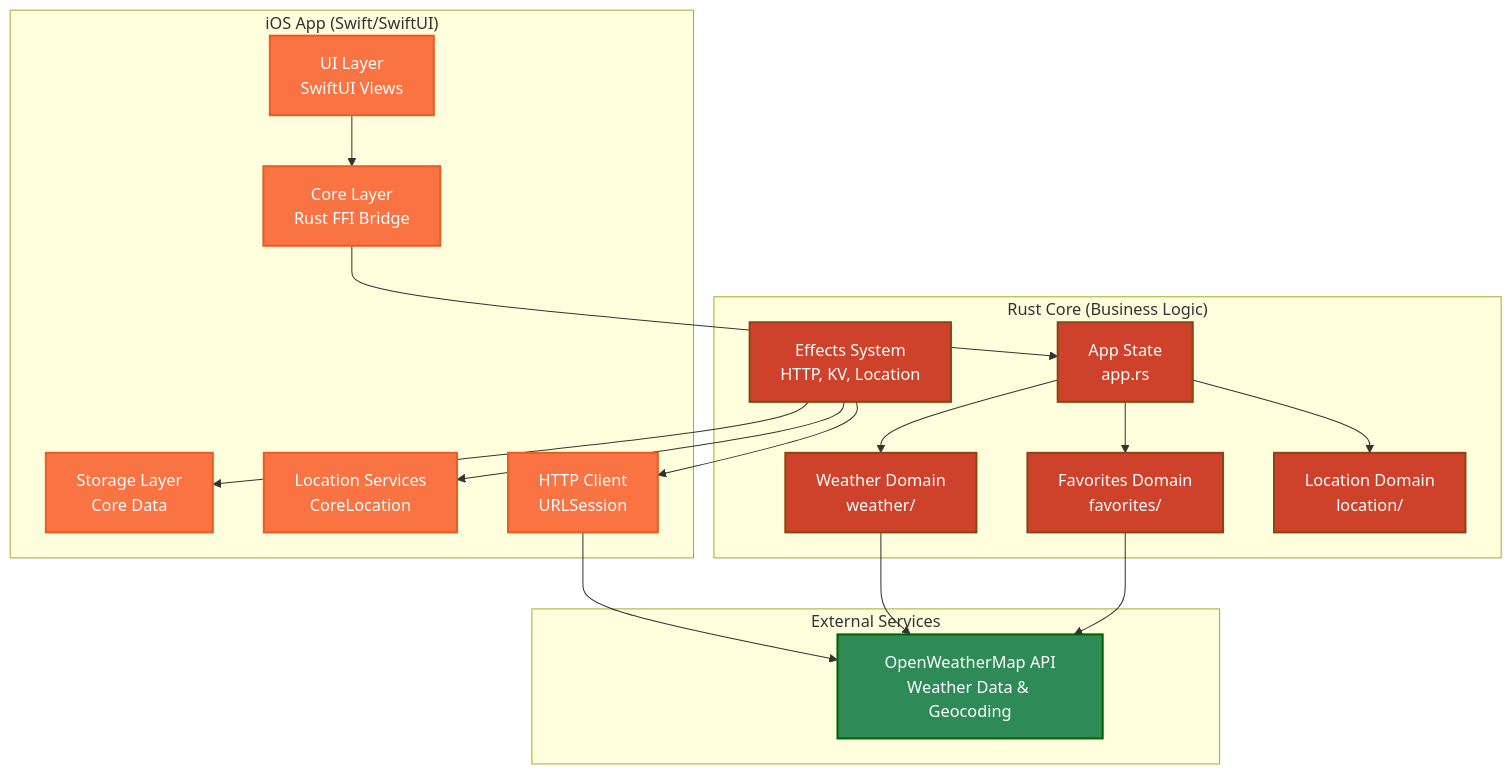
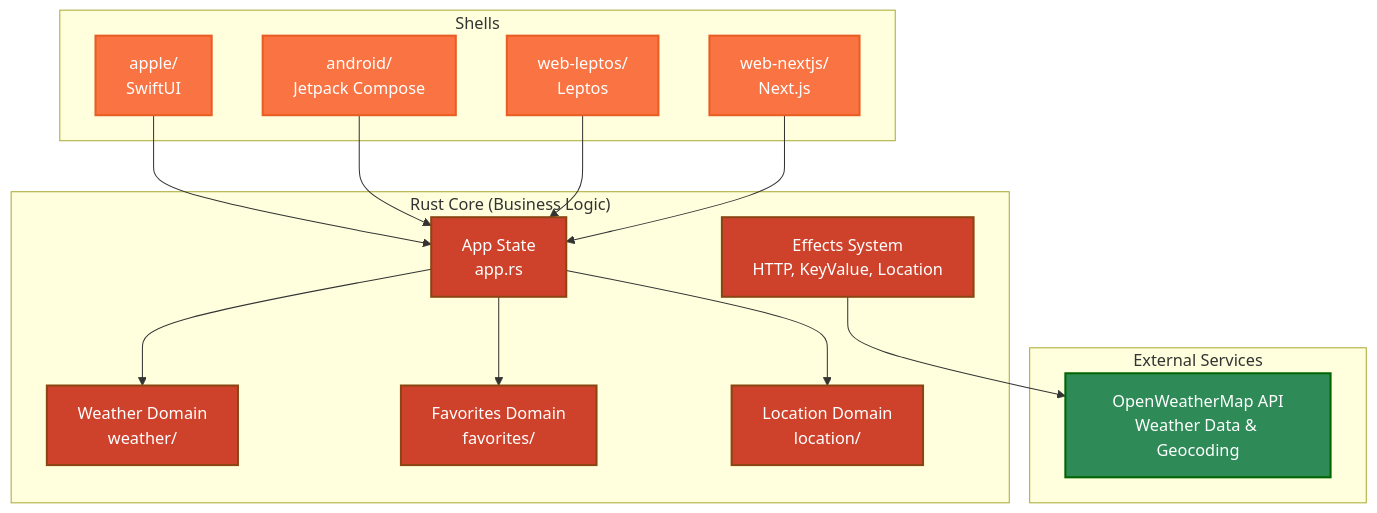
One commit to redbadger/crux changed the first of 4 diagrams in examples/weather/ARCHITECTURE.md. Above: the diagram before and after it, drawn with Mermaid. The commit also changed other lines of this file and 963 other files, not shown here.

````diff
--- a/examples/weather/ARCHITECTURE.md
+++ b/examples/weather/ARCHITECTURE.md
@@ -9,44 +9,38 @@
 ```mermaid
 graph TB
-    subgraph "iOS App (Swift/SwiftUI)"
-        UI[UI Layer<br/>SwiftUI Views]
-        Core[Core Layer<br/>Rust FFI Bridge]
-        Storage[Storage Layer<br/>Core Data]
-        Location[Location Services<br/>CoreLocation]
-        HTTP[HTTP Client<br/>URLSession]
+    subgraph "Shells"
+        Apple[apple/<br/>SwiftUI]
+        Android[android/<br/>Jetpack Compose]
+        Leptos[web-leptos/<br/>Leptos]
+        NextJS[web-nextjs/<br/>Next.js]
     end
-    
+
     subgraph "Rust Core (Business Logic)"
         App[App State<br/>app.rs]
         Weather[Weather Domain<br/>weather/]
         Favorites[Favorites Domain<br/>favorites/]
         Loc[Location Domain<br/>location/]
-        Effects[Effects System<br/>HTTP, KV, Location]
+        Effects[Effects System<br/>HTTP, KeyValue, Location]
     end
-    
+
     subgraph "External Services"
         API[OpenWeatherMap API<br/>Weather Data & Geocoding]
     end
-    
-    UI --> Core
-    Core --> App
+
+    Apple --> App
+    Android --> App
+    Leptos --> App
+    NextJS --> App
     App --> Weather
     App --> Favorites
     App --> Loc
-    
-    Effects --> HTTP
-    Effects --> Storage
-    Effects --> Location
-    
-    HTTP --> API
-    Weather --> API
-    Favorites --> API
-    
+    Effects --> API
+
     classDef rust fill:#CE422B,stroke:#8B4513,stroke-width:2px,color:#fff
-    classDef swift fill:#FA7343,stroke:#E85D23,stroke-width:2px,color:#fff
+    classDef shell fill:#FA7343,stroke:#E85D23,stroke-width:2px,color:#fff
     classDef external fill:#2E8B57,stroke:#006400,stroke-width:2px,color:#fff
-    
+
     class App,Weather,Favorites,Loc,Effects rust
-    class UI,Core,Storage,Location,HTTP swift
+    class Apple,Android,Leptos,NextJS shell
     class API external
 ```
````
